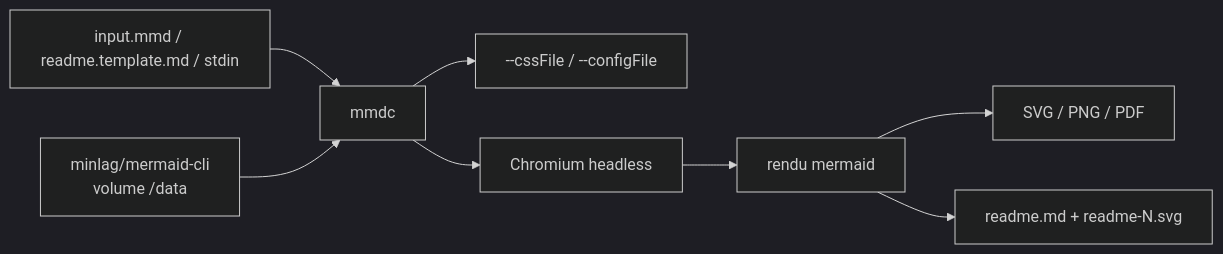
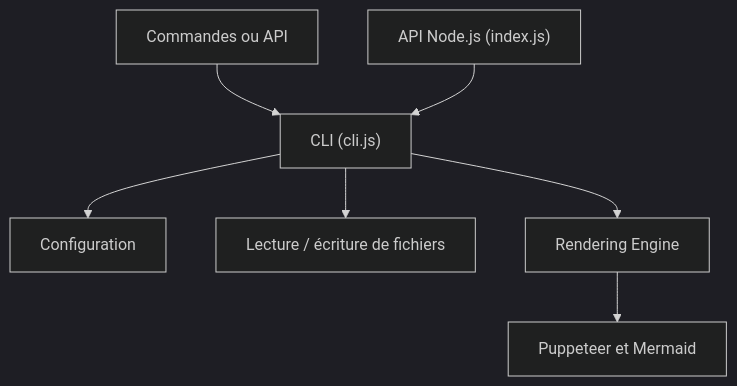
One commit to floSa/Veille-Repo changed the diagram in veille/.data/fiches/mermaid-js__mermaid-cli.md. Above: the diagram before and after it, drawn with Mermaid (dark theme). The commit also changed other lines of this file and 1330 other files, not shown here.

First line of the commit message:
Mise à jour du catalogue : 7723 fiches, 7291 diagrammes

````diff
--- a/veille/.data/fiches/mermaid-js__mermaid-cli.md
+++ b/veille/.data/fiches/mermaid-js__mermaid-cli.md
@@ -32,10 +27,9 @@
 ```mermaid
-flowchart LR
-    IN["input.mmd / readme.template.md / stdin"] --> MMDC["mmdc"]
-    MMDC --> CSS["--cssFile / --configFile"]
-    MMDC --> CHROME["Chromium headless"]
-    CHROME --> MER["rendu mermaid"]
-    MER --> OUT["SVG / PNG / PDF"]
-    MER --> MDOUT["readme.md + readme-N.svg"]
-    DOCKER["minlag/mermaid-cli<br/>volume /data"] --> MMDC
+flowchart TD
+  user["Commandes ou API"] --> cli["CLI (cli.js)"]
+  cli --> cfg["Configuration"]
+  cli --> io["Lecture / écriture de fichiers"]
+  cli --> render["Rendering Engine"]
+  render --> pup["Puppeteer et Mermaid"]
+  api["API Node.js (index.js)"] --> cli
 ```
````
